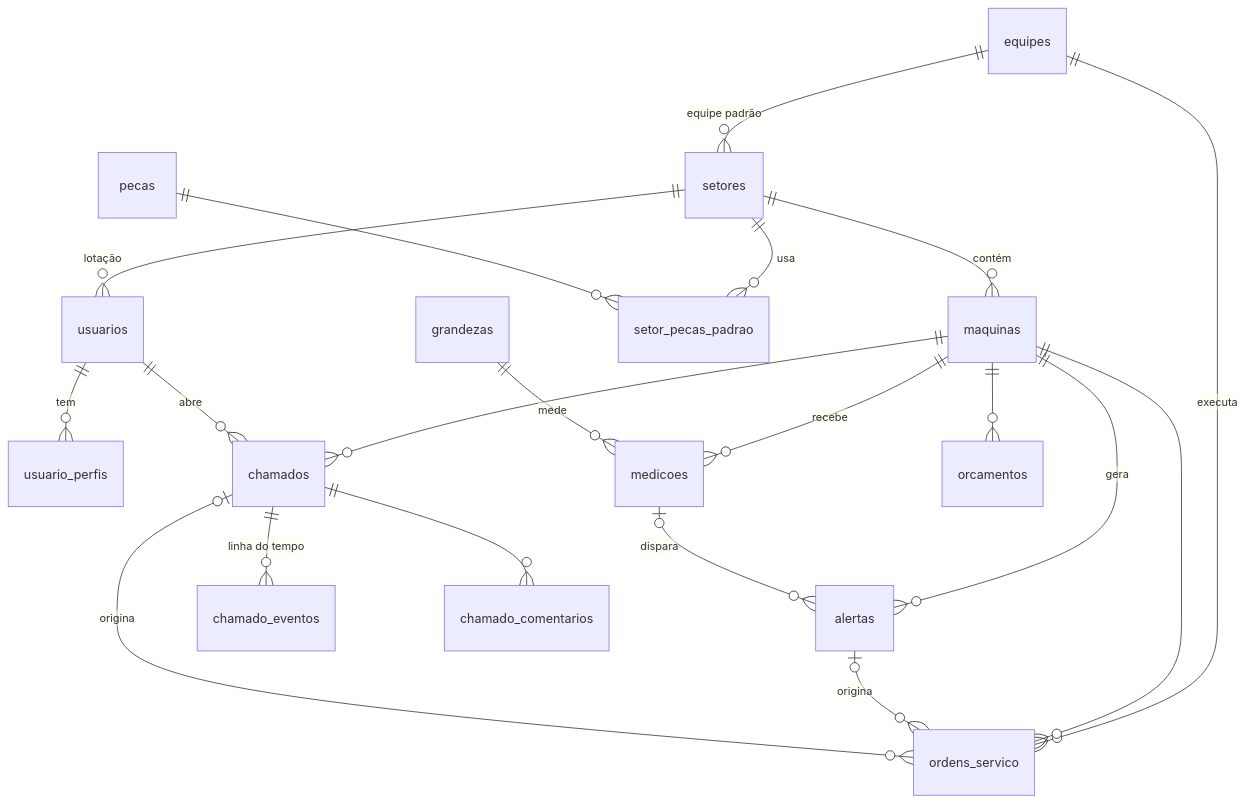
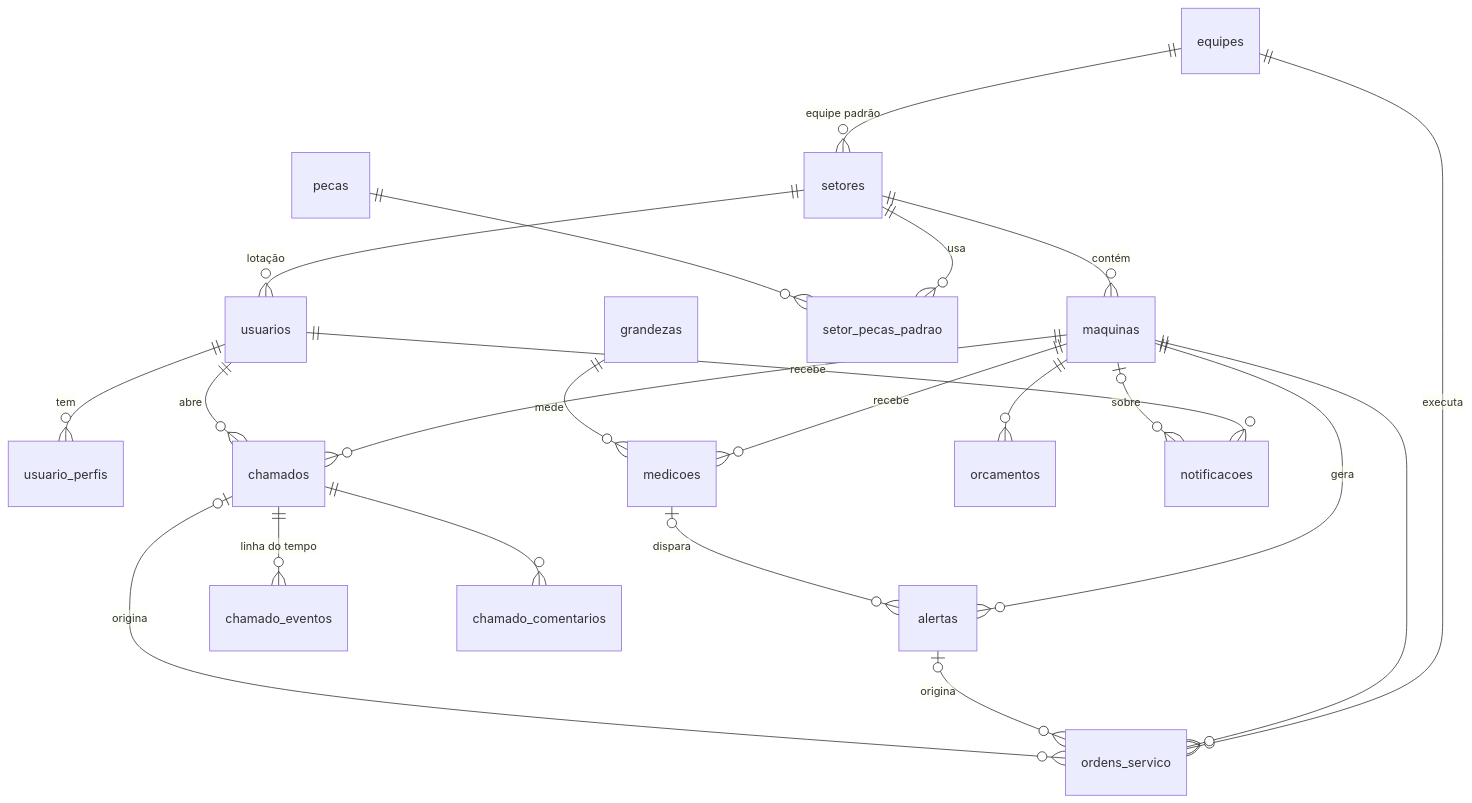
One commit to Batista-calherani/PredictMaint changed the diagram in database/README.md. Above: the diagram before and after it, drawn with Mermaid. The commit also changed other lines of this file and 27 other files, not shown here.

````diff
--- a/database/README.md
+++ b/database/README.md
@@ -49,22 +49,24 @@
 ```mermaid
 erDiagram
   equipes ||--o{ setores : "equipe padrão"
   equipes ||--o{ ordens_servico : executa
   setores ||--o{ maquinas : contém
   setores ||--o{ usuarios : "lotação"
   setores ||--o{ setor_pecas_padrao : usa
   pecas   ||--o{ setor_pecas_padrao : ""
   usuarios ||--o{ usuario_perfis : tem
   maquinas ||--o{ medicoes : recebe
   grandezas ||--o{ medicoes : mede
   maquinas ||--o{ alertas : gera
   medicoes |o--o{ alertas : dispara
   maquinas ||--o{ ordens_servico : ""
   alertas  |o--o{ ordens_servico : origina
   chamados |o--o{ ordens_servico : origina
   maquinas ||--o{ chamados : ""
   usuarios ||--o{ chamados : abre
   chamados ||--o{ chamado_eventos : "linha do tempo"
   chamados ||--o{ chamado_comentarios : ""
   maquinas ||--o{ orcamentos : ""
+  usuarios ||--o{ notificacoes : recebe
+  maquinas |o--o{ notificacoes : "sobre"
 ```
````
